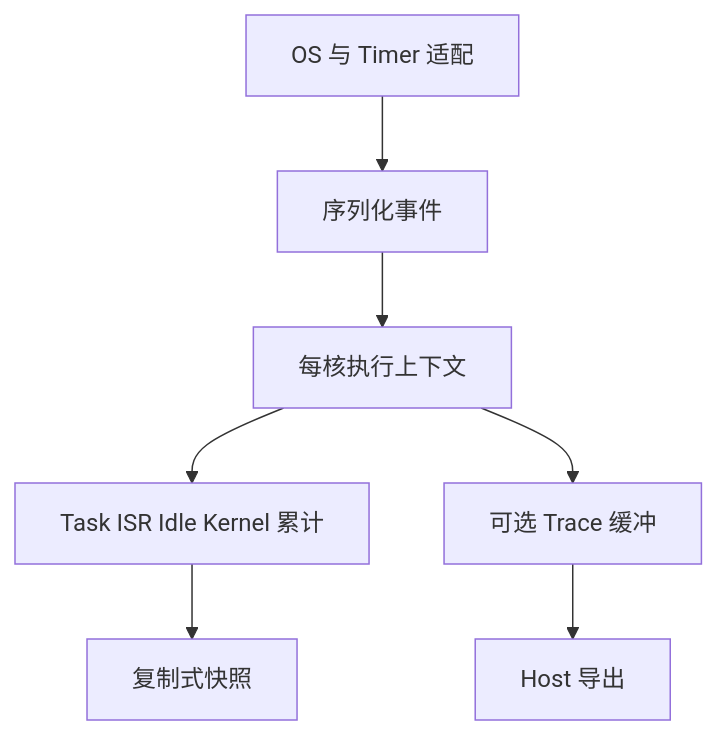
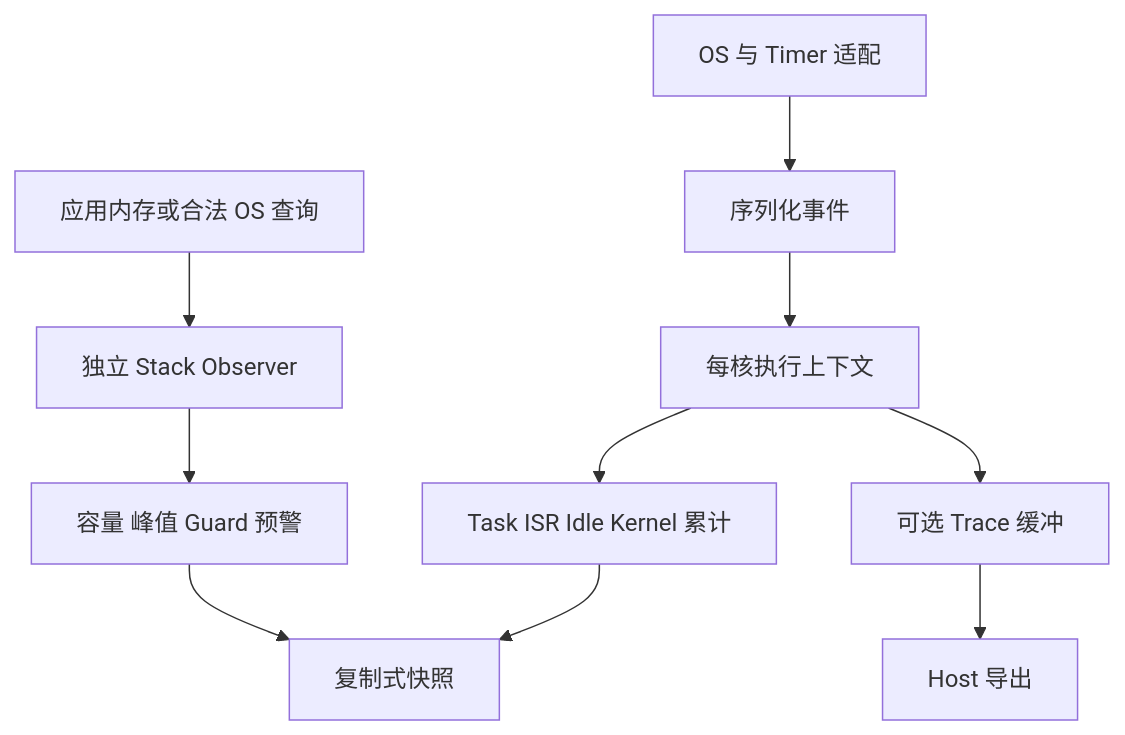
One commit to binkyle/autosar-module-lab changed the diagram in embedded-runtime-observer/README_zh-CN.md. Above: the diagram before and after it, drawn with Mermaid. The commit also changed other lines of this file and 29 other files, not shown here.

First line of the commit message:
feat: add independent C99 Stack Observer with OS adapter, tests and CI

````diff
--- a/embedded-runtime-observer/README_zh-CN.md
+++ b/embedded-runtime-observer/README_zh-CN.md
@@ -30,9 +42,12 @@
 ```mermaid
 flowchart TD
   A[OS 与 Timer 适配] --> B[序列化事件]
   B --> C[每核执行上下文]
   C --> D[Task ISR Idle Kernel 累计]
   C --> E[可选 Trace 缓冲]
   D --> F[复制式快照]
   E --> G[Host 导出]
+  H[应用内存或合法 OS 查询] --> I[独立 Stack Observer]
+  I --> J[容量 峰值 Guard 预警]
+  J --> F
 ```
````
